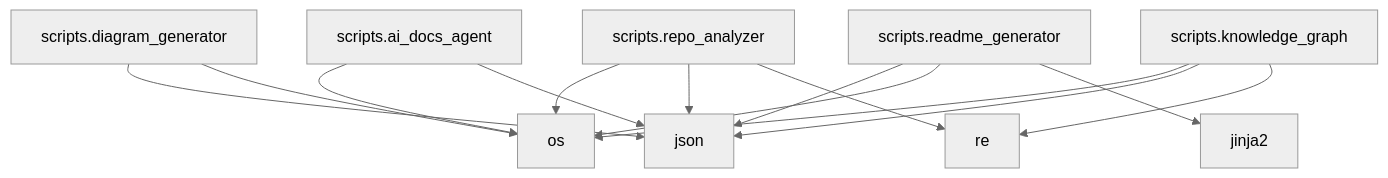
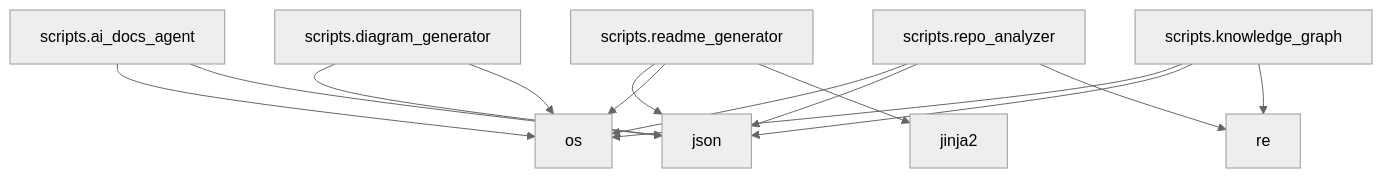
The diagram in README.md (NITISH-R-G/FACE-EMOTION-DETECTION), drawn with Mermaid (neutral theme) before and after one commit. The commit also changed other lines of this file and 3 other files, not shown here.

Commit message:
docs: auto-update repository documentation and diagrams [skip ci]

````diff
--- a/README.md
+++ b/README.md
@@ -45,30 +45,30 @@
 ```mermaid
 graph TD;
+    scripts_readme_generator["scripts.readme_generator"];
+    click scripts_readme_generator "scripts/readme_generator.py" "View source";
+    json["json"];
+    os["os"];
+    jinja2["jinja2"];
+    scripts_ai_docs_agent["scripts.ai_docs_agent"];
+    click scripts_ai_docs_agent "scripts/ai_docs_agent.py" "View source";
+    scripts_diagram_generator["scripts.diagram_generator"];
+    click scripts_diagram_generator "scripts/diagram_generator.py" "View source";
     scripts_repo_analyzer["scripts.repo_analyzer"];
     click scripts_repo_analyzer "scripts/repo_analyzer.py" "View source";
-    os["os"];
-    json["json"];
     re["re"];
-    scripts_diagram_generator["scripts.diagram_generator"];
-    click scripts_diagram_generator "scripts/diagram_generator.py" "View source";
-    scripts_ai_docs_agent["scripts.ai_docs_agent"];
-    click scripts_ai_docs_agent "scripts/ai_docs_agent.py" "View source";
-    scripts_readme_generator["scripts.readme_generator"];
-    click scripts_readme_generator "scripts/readme_generator.py" "View source";
-    jinja2["jinja2"];
     scripts_knowledge_graph["scripts.knowledge_graph"];
     click scripts_knowledge_graph "scripts/knowledge_graph.py" "View source";
+    scripts_readme_generator --> json;
+    scripts_readme_generator --> os;
+    scripts_readme_generator --> jinja2;
+    scripts_ai_docs_agent --> os;
+    scripts_ai_docs_agent --> json;
+    scripts_diagram_generator --> json;
+    scripts_diagram_generator --> os;
     scripts_repo_analyzer --> os;
     scripts_repo_analyzer --> json;
     scripts_repo_analyzer --> re;
-    scripts_diagram_generator --> json;
-    scripts_diagram_generator --> os;
-    scripts_ai_docs_agent --> os;
-    scripts_ai_docs_agent --> json;
-    scripts_readme_generator --> json;
-    scripts_readme_generator --> os;
-    scripts_readme_generator --> jinja2;
     scripts_knowledge_graph --> os;
     scripts_knowledge_graph --> json;
     scripts_knowledge_graph --> re;
 ```
````
